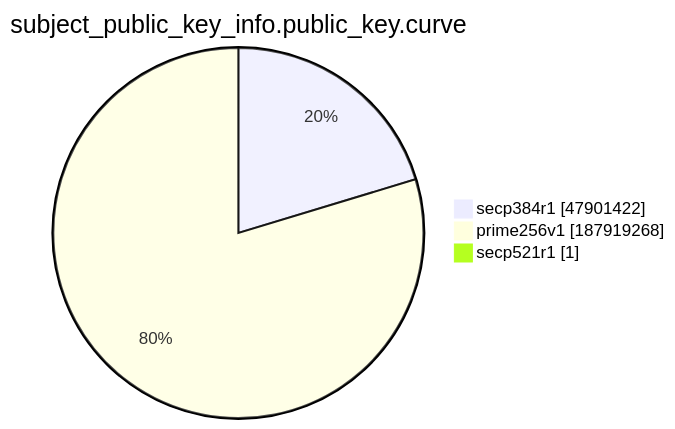
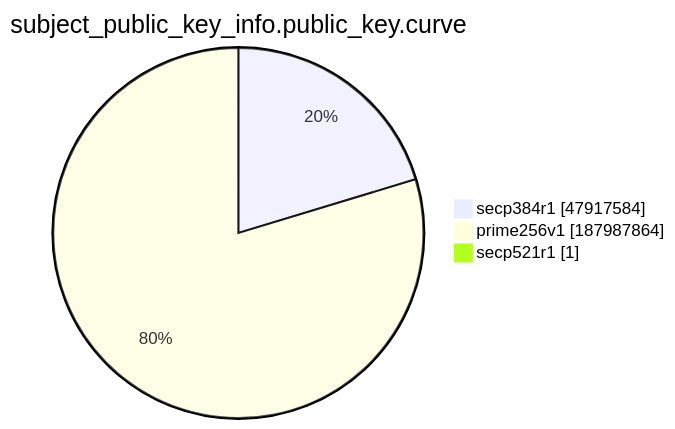
Before and after one commit to christiankrug/ctmonitor_visualization: the ninth of 15 diagrams in xenon2022/README.md, drawn with Mermaid. The commit also changed other lines of this file, not shown here.

````diff
--- a/xenon2022/README.md
+++ b/xenon2022/README.md
@@ -2874,7 +2874,7 @@
 ```mermaid
 pie showData
 title subject_public_key_info.public_key.curve
-"secp384r1" :47901422
-"prime256v1" :187919268
+"secp384r1" :47917584
+"prime256v1" :187987864
 "secp521r1" :1
 ```
````
